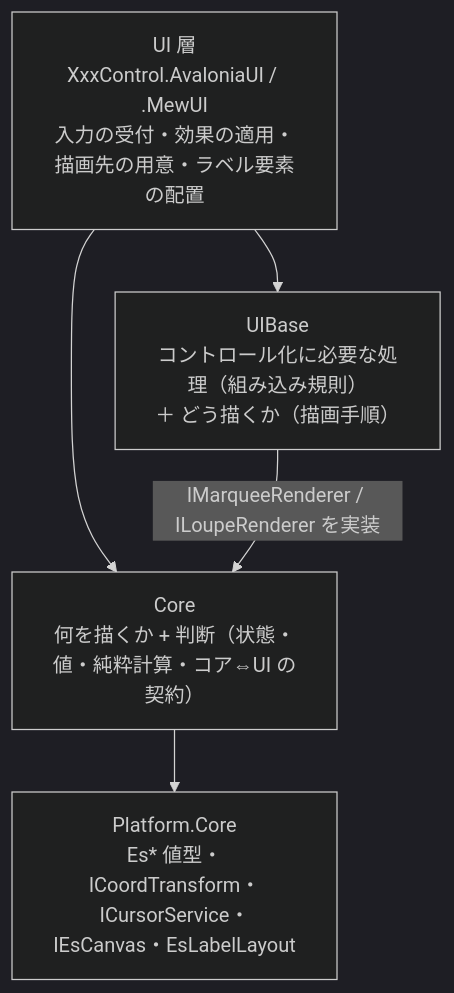
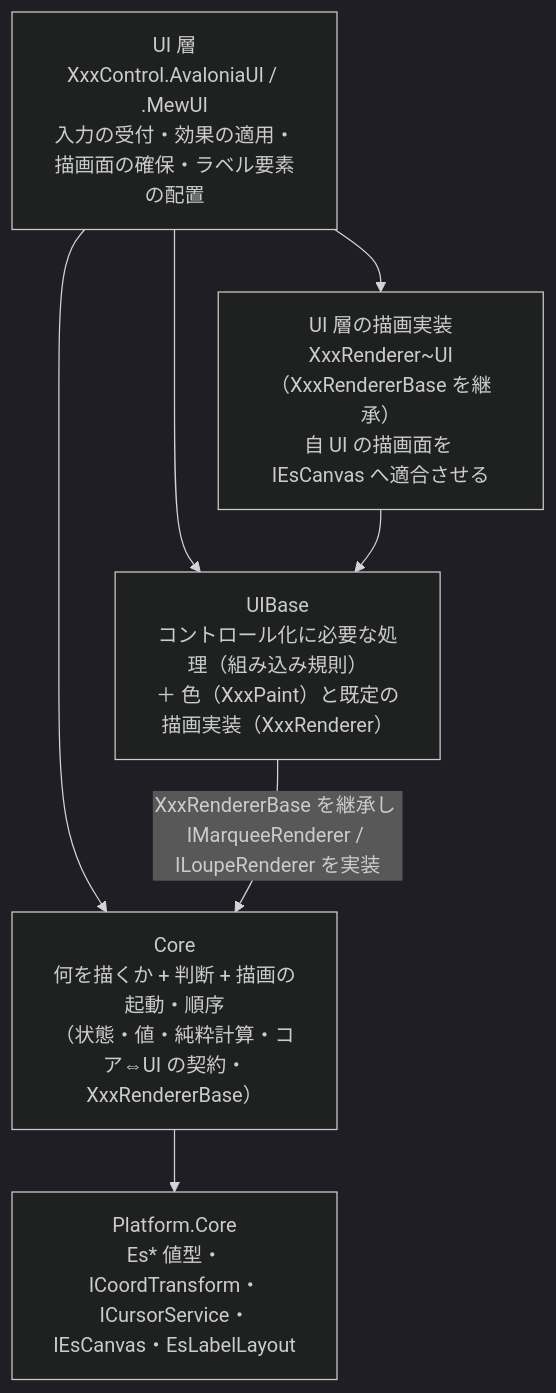
One commit to tomokuni/SaveEvidence changed the second of 2 diagrams in src/README.md. Above: the diagram before and after it, drawn with Mermaid (dark theme). The commit also changed other lines of this file and 29 other files, not shown here.

````diff
--- a/src/README.md
+++ b/src/README.md
@@ -24,10 +24,13 @@
 ```mermaid
 flowchart TB
-    UI["UI 層<br/>XxxControl.AvaloniaUI / .MewUI<br/>入力の受付・効果の適用・描画先の用意・ラベル要素の配置"]
-    UB["UIBase<br/>コントロール化に必要な処理（組み込み規則）<br/>＋ どう描くか（描画手順）"]
-    CORE["Core<br/>何を描くか + 判断（状態・値・純粋計算・コア⇔UI の契約）"]
+    UI["UI 層<br/>XxxControl.AvaloniaUI / .MewUI<br/>入力の受付・効果の適用・描画面の確保・ラベル要素の配置"]
+    UIR["UI 層の描画実装<br/>XxxRenderer~UI（XxxRendererBase を継承）<br/>自 UI の描画面を IEsCanvas へ適合させる"]
+    UB["UIBase<br/>コントロール化に必要な処理（組み込み規則）<br/>＋ 色（XxxPaint）と既定の描画実装（XxxRenderer）"]
+    CORE["Core<br/>何を描くか + 判断 + 描画の起動・順序<br/>（状態・値・純粋計算・コア⇔UI の契約・XxxRendererBase）"]
+    UI --> UIR
     UI --> UB
     UI --> CORE
-    UB -->|IMarqueeRenderer / ILoupeRenderer を実装| CORE
+    UIR --> UB
+    UB -->|XxxRendererBase を継承し IMarqueeRenderer / ILoupeRenderer を実装| CORE
     CORE --> PC["Platform.Core<br/>Es* 値型・ICoordTransform・ICursorService・IEsCanvas・EsLabelLayout"]
 ```
````
